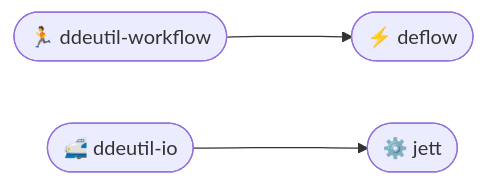
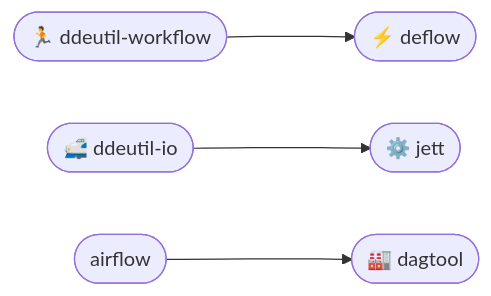
Before and after one commit to ddeutils/.github: the second of 2 diagrams in profile/README.md, drawn with Mermaid. The commit also changed other lines of this file, not shown here.

````diff
--- a/profile/README.md
+++ b/profile/README.md
@@ -49,5 +49,6 @@
 ```mermaid
 flowchart LR
    1([🏃 ddeutil-workflow]) ---> 2([⚡ deflow])
    3([🚅 ddeutil-io]) ---> 4([⚙️ jett])
+   5([airflow]) ---> 6([🏭 dagtool])
 ```
````
